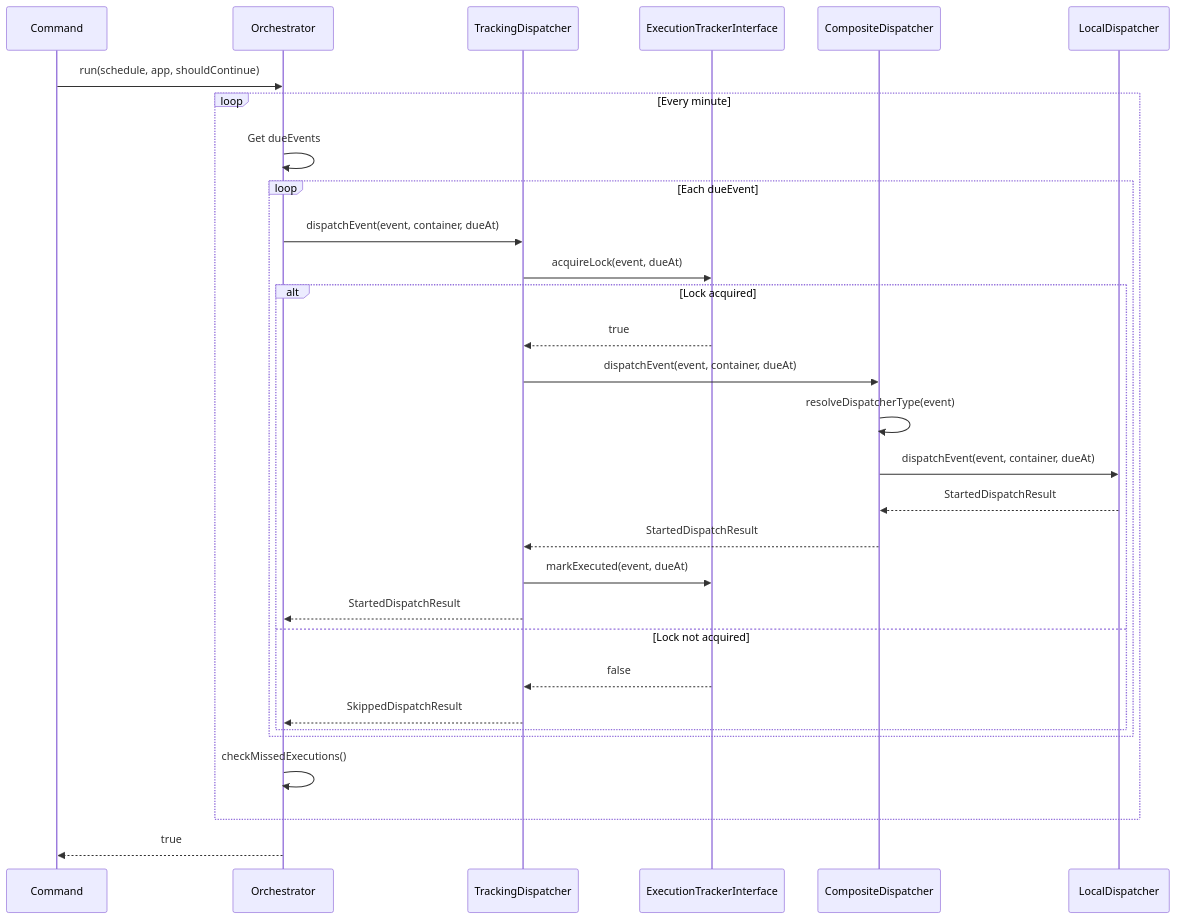
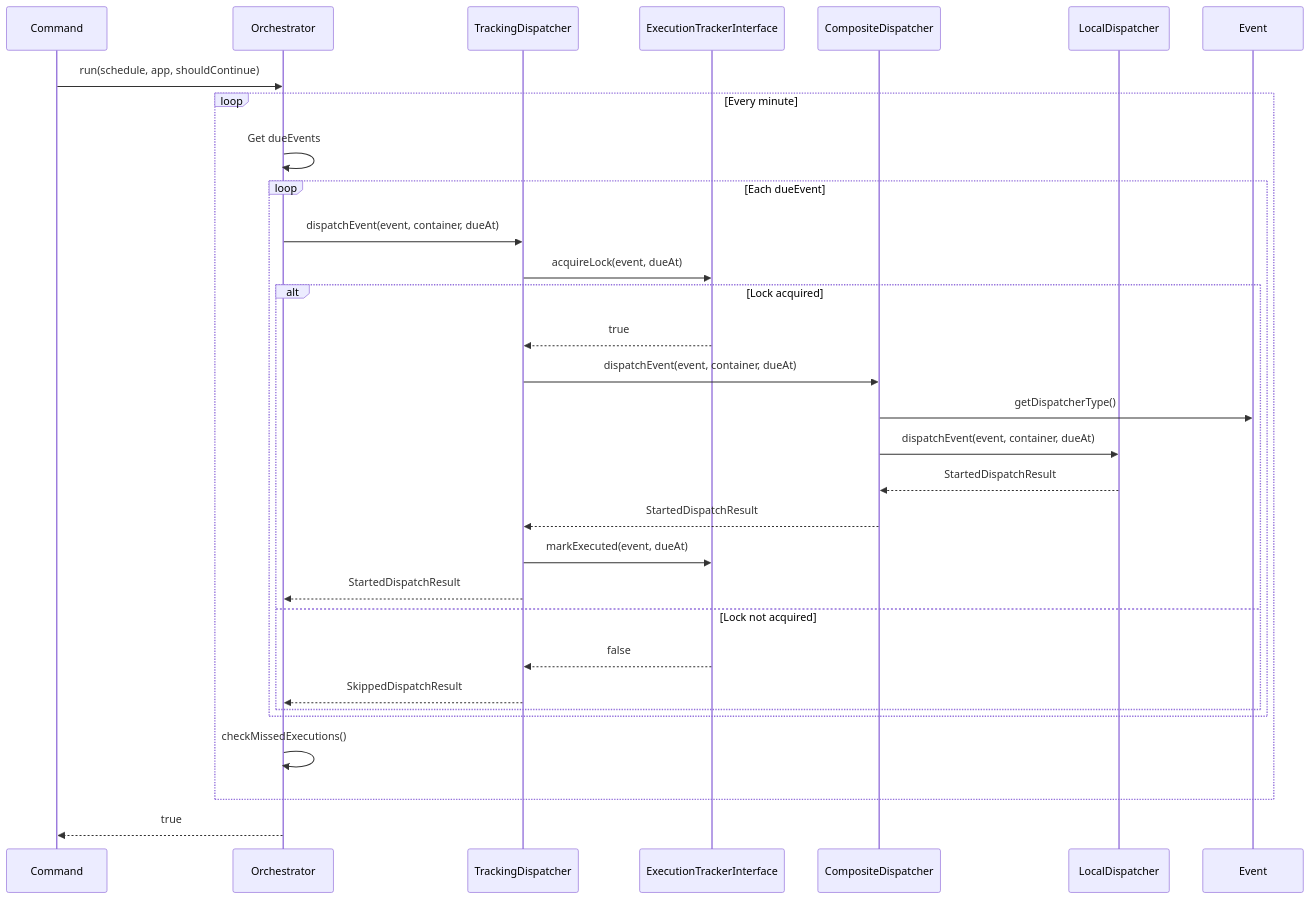
The second of 4 diagrams in docs/internals/DESIGN.md (rakkofield/laravel-graceful-schedule-worker), drawn with Mermaid before and after one commit. The commit also changed other lines of this file and 2 other files, not shown here.

First line of the commit message:
docs: Update design docs and TESTDOX_IDS.ja.md to reflect type narrowing changes

````diff
--- a/docs/internals/DESIGN.md
+++ b/docs/internals/DESIGN.md
@@ -442,35 +441,35 @@
 ```mermaid
 sequenceDiagram
     participant Cmd as Command
     participant Orch as Orchestrator
     participant TDisp as TrackingDispatcher
     participant Track as ExecutionTrackerInterface
     participant Comp as CompositeDispatcher
     participant Local as LocalDispatcher
 
     Cmd->>Orch: run(schedule, app, shouldContinue)
 
     loop Every minute
         Orch->>Orch: Get dueEvents
         loop Each dueEvent
             Orch->>TDisp: dispatchEvent(event, container, dueAt)
             TDisp->>Track: acquireLock(event, dueAt)
             alt Lock acquired
                 Track-->>TDisp: true
                 TDisp->>Comp: dispatchEvent(event, container, dueAt)
-                Comp->>Comp: resolveDispatcherType(event)
+                Comp->>Event: getDispatcherType()
                 Comp->>Local: dispatchEvent(event, container, dueAt)
                 Local-->>Comp: StartedDispatchResult
                 Comp-->>TDisp: StartedDispatchResult
                 TDisp->>Track: markExecuted(event, dueAt)
                 TDisp-->>Orch: StartedDispatchResult
             else Lock not acquired
                 Track-->>TDisp: false
                 TDisp-->>Orch: SkippedDispatchResult
             end
         end
         Orch->>Orch: checkMissedExecutions()
     end
 
     Orch-->>Cmd: true
 ```
````
